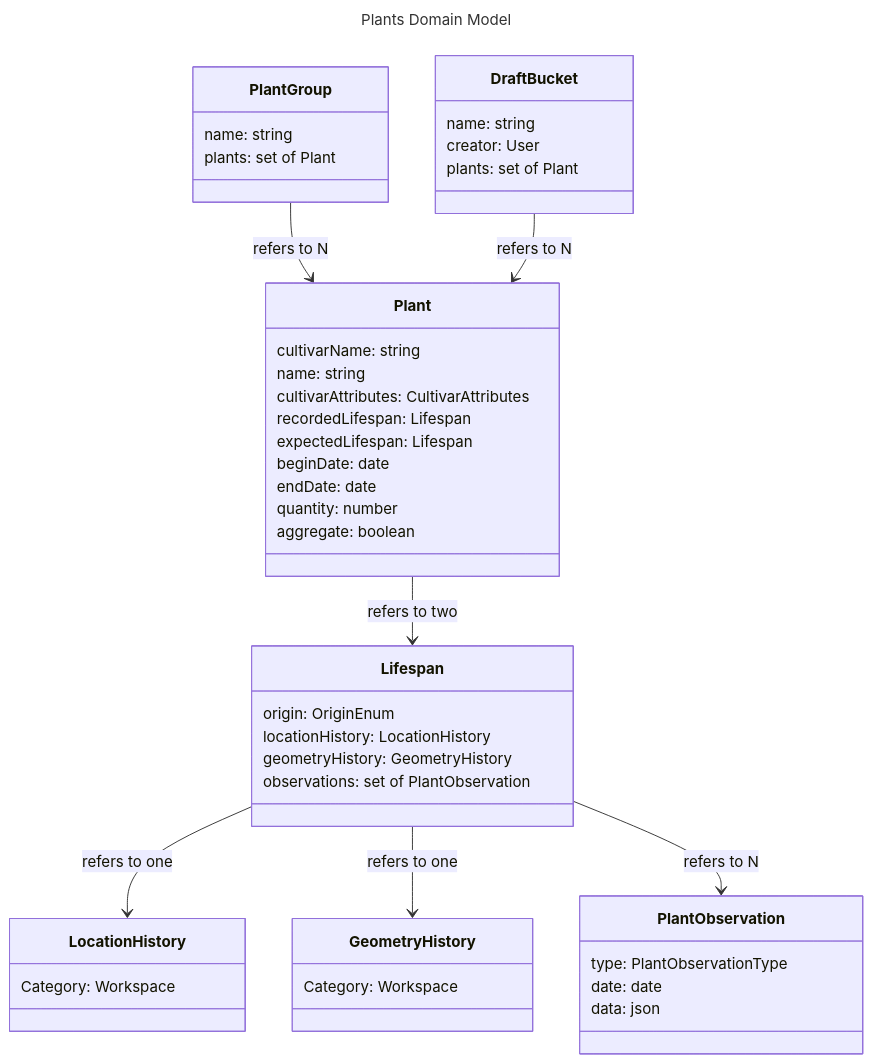
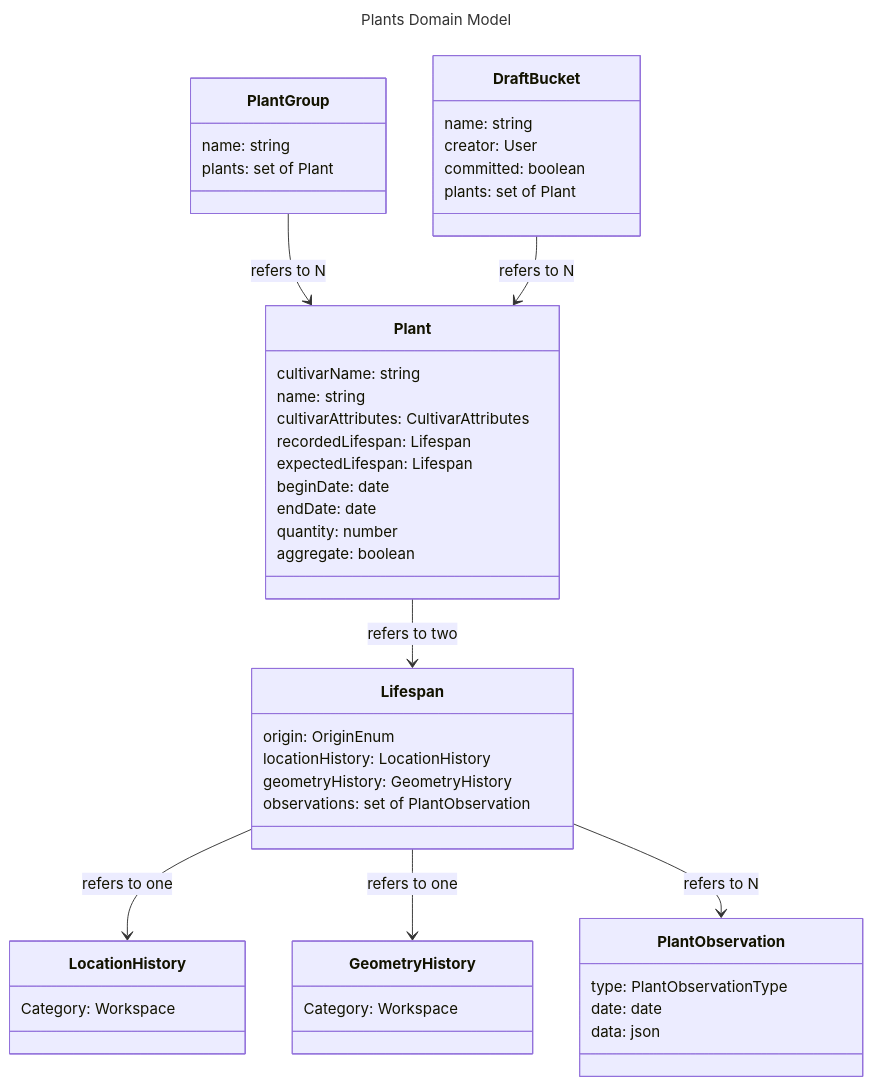
One commit to Verdagraph/Webapp changed the diagram in design/plants/models.md. Above: the diagram before and after it, drawn with Mermaid. The commit also changed other lines of this file and 48 other files, not shown here.

````diff
--- a/design/plants/models.md
+++ b/design/plants/models.md
@@ -7,51 +7,52 @@
 ```mermaid
 ---
 title: Plants Domain Model
 ---
 classDiagram
 
     Lifespan --> LocationHistory : refers to one
     Lifespan --> GeometryHistory : refers to one
     Lifespan --> PlantObservation : refers to N
     Plant --> Lifespan : refers to two
     PlantGroup --> Plant : refers to N
     DraftBucket --> Plant : refers to N
 
     class Lifespan{
         origin: OriginEnum
         locationHistory: LocationHistory
         geometryHistory: GeometryHistory
         observations: set of PlantObservation
     }
     class PlantObservation {
         type: PlantObservationType
         date: date
         data: json
     }
     class Plant {
         cultivarName: string
         name: string
         cultivarAttributes: CultivarAttributes
         recordedLifespan: Lifespan
         expectedLifespan: Lifespan
         beginDate: date
         endDate: date
         quantity: number
         aggregate: boolean
     }
     class PlantGroup {
         name: string
         plants: set of Plant
     }
     class DraftBucket {
         name: string
         creator: User
+        committed: boolean
         plants: set of Plant
     }
     class LocationHistory {
         Category: Workspace
     }
     class GeometryHistory {
         Category: Workspace
     }
 ```
````
